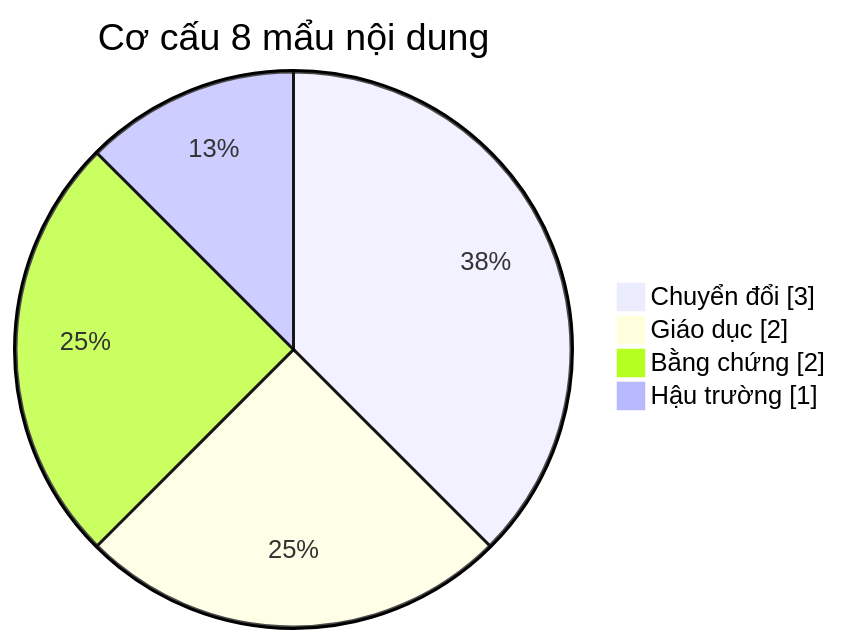
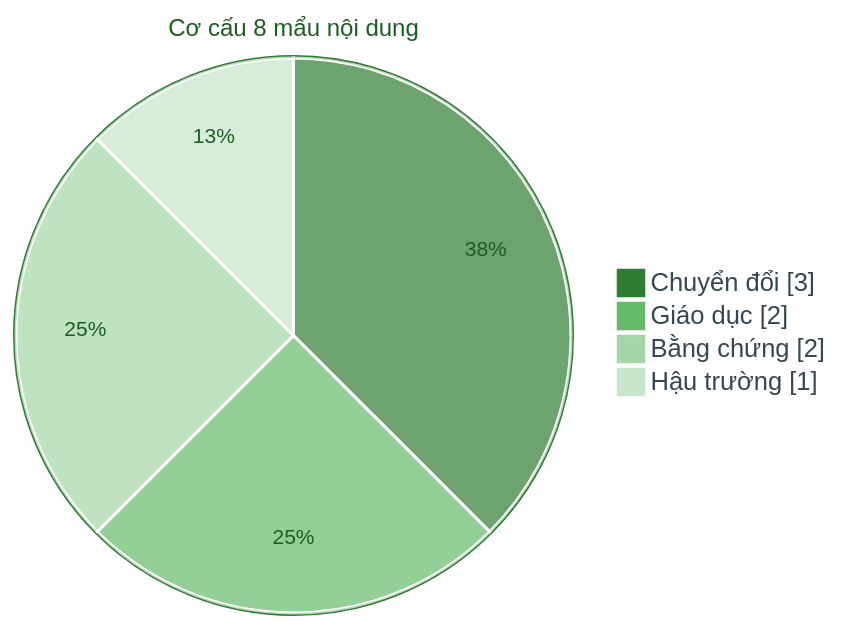
Before and after one commit to KieuDuyennn/start-up_nutriplan: the second of 2 diagrams in docs/PA3-quang-ba/08-hoat-dong-marketing-giai-doan-dau.md, drawn with Mermaid. The commit also changed other lines of this file, not shown here.

Commit message:
style(pa3): restyle item 8 journey and content mix diagrams

````diff
--- a/docs/PA3-quang-ba/08-hoat-dong-marketing-giai-doan-dau.md
+++ b/docs/PA3-quang-ba/08-hoat-dong-marketing-giai-doan-dau.md
@@ -33,8 +38,9 @@
 ```mermaid
+%%{init: {'theme':'base','themeVariables':{'fontFamily':'Segoe UI, Roboto, sans-serif','pie1':'#2E7D32','pie2':'#66BB6A','pie3':'#A5D6A7','pie4':'#C8E6C9','pieStrokeColor':'#FFFFFF','pieStrokeWidth':'2px','pieOuterStrokeColor':'#2E7D32','pieOuterStrokeWidth':'2px','pieTitleTextSize':'16px','pieTitleTextColor':'#1B5E20','pieSectionTextColor':'#1B5E20','pieSectionTextSize':'14px','pieLegendTextColor':'#37474F'}}}%%
 pie showData
   title Cơ cấu 8 mẩu nội dung
   "Chuyển đổi" : 3
   "Giáo dục" : 2
   "Bằng chứng" : 2
   "Hậu trường" : 1
 ```
````
